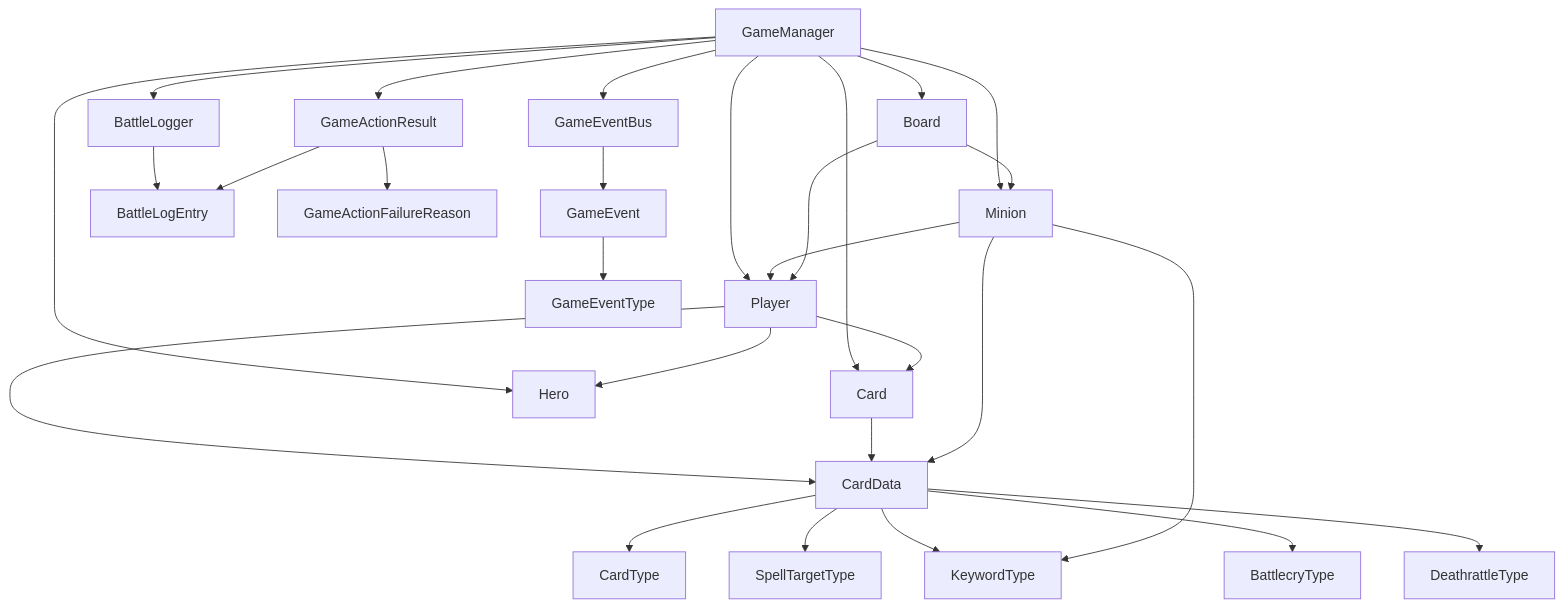
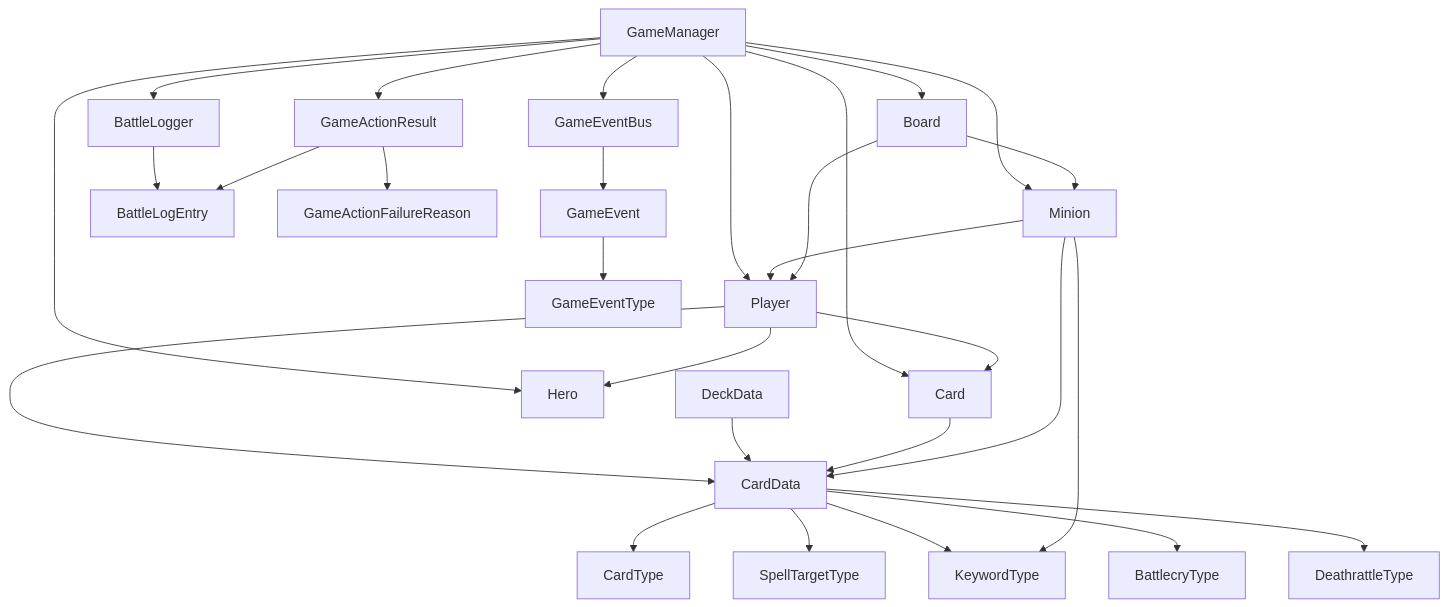
Before and after one commit to ZHStatic/HearthstoneClone: the diagram in Docs/02_CoreArchitecture.md, drawn with Mermaid. The commit also changed other lines of this file and 15 other files, not shown here.

````diff
--- a/Docs/02_CoreArchitecture.md
+++ b/Docs/02_CoreArchitecture.md
@@ -92,37 +93,38 @@
 ```mermaid
 flowchart TD
     GameManager --> Player
     GameManager --> Board
     GameManager --> Card
     GameManager --> Minion
     GameManager --> Hero
     GameManager --> GameEventBus
     GameManager --> BattleLogger
     GameManager --> GameActionResult
 
     BattleLogger --> BattleLogEntry
     GameActionResult --> GameActionFailureReason
     GameActionResult --> BattleLogEntry
 
     GameEventBus --> GameEvent
     GameEvent --> GameEventType
 
     Player --> Hero
     Player --> Card
     Player --> CardData
 
+    DeckData --> CardData
     Card --> CardData
 
     Minion --> CardData
     Minion --> Player
 
     Board --> Player
     Board --> Minion
 
     CardData --> CardType
     CardData --> SpellTargetType
     CardData --> KeywordType
     CardData --> BattlecryType
     CardData --> DeathrattleType
     Minion --> KeywordType
 ```
````
